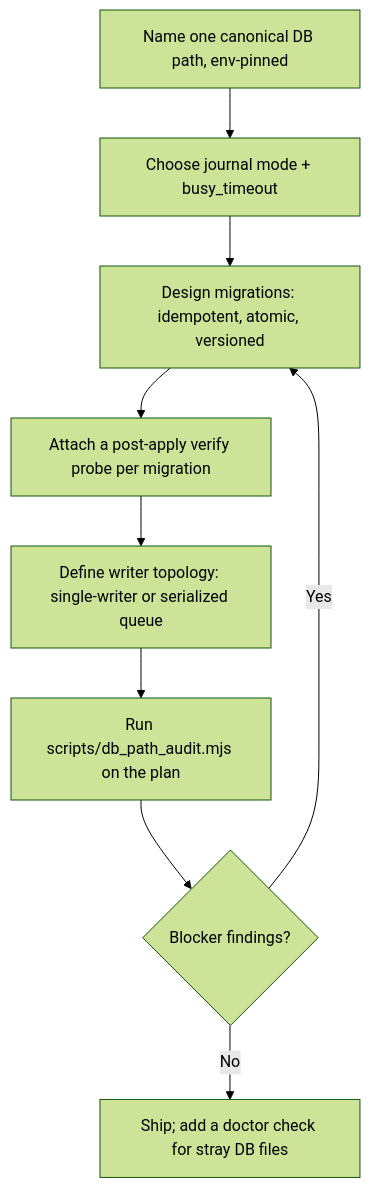
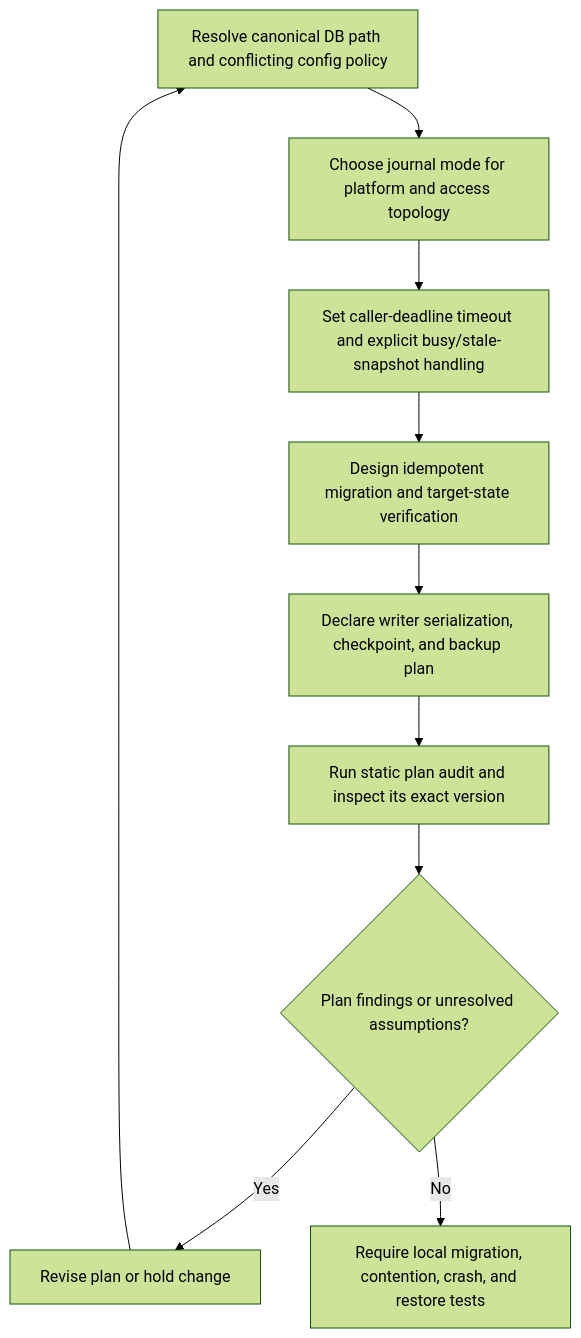
The diagram in skills/sqlite-durable-agent-state/SKILL.md (curiositech/port-daddy), drawn with Mermaid (forest theme) before and after one commit. The commit also changed other lines of this file and 1782 other files, not shown here.

````diff
--- a/skills/sqlite-durable-agent-state/SKILL.md
+++ b/skills/sqlite-durable-agent-state/SKILL.md
@@ -64,11 +64,12 @@
 ```mermaid
 flowchart TD
-  A[Name one canonical DB path, env-pinned] --> B[Choose journal mode + busy_timeout]
-  B --> C[Design migrations: idempotent, atomic, versioned]
-  C --> D[Attach a post-apply verify probe per migration]
-  D --> E[Define writer topology: single-writer or serialized queue]
-  E --> F[Run scripts/db_path_audit.mjs on the plan]
-  F --> G{Blocker findings?}
-  G -->|Yes| C
-  G -->|No| H[Ship; add a doctor check for stray DB files]
+  A[Resolve canonical DB path and conflicting config policy] --> B[Choose journal mode for platform and access topology]
+  B --> C[Set caller-deadline timeout and explicit busy/stale-snapshot handling]
+  C --> D[Design idempotent migration and target-state verification]
+  D --> E[Declare writer serialization, checkpoint, and backup plan]
+  E --> F[Run static plan audit and inspect its exact version]
+  F --> G{Plan findings or unresolved assumptions?}
+  G -->|Yes| H[Revise plan or hold change]
+  H --> A
+  G -->|No| I[Require local migration, contention, crash, and restore tests]
 ```
````
